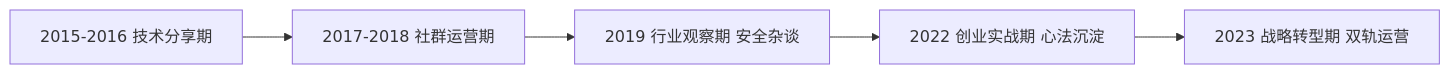
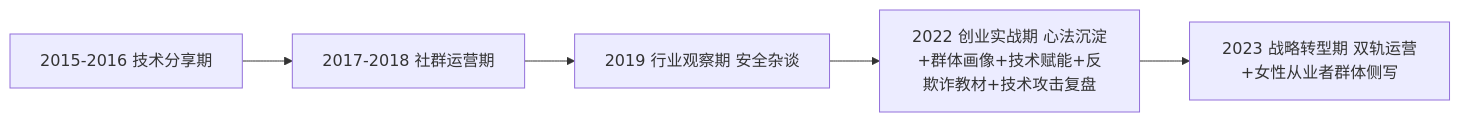
The diagram in pages/301-zai-lushang-wechat-archive-201508-202208.md (OpenDocCN1/sec-llm-wiki), drawn with Mermaid before and after one commit. The commit also changed other lines of this file and 4 other files, not shown here.

````diff
--- a/pages/301-zai-lushang-wechat-archive-201508-202208.md
+++ b/pages/301-zai-lushang-wechat-archive-201508-202208.md
@@ -278,7 +332,7 @@
 ```mermaid
 graph LR
 A[2015-2016 技术分享期] --> B[2017-2018 社群运营期]
 B --> C[2019 行业观察期 安全杂谈]
-C --> D[2022 创业实战期 心法沉淀]
-D --> E[2023 战略转型期 双轨运营]
+C --> D[2022 创业实战期 心法沉淀+群体画像+技术赋能+反欺诈教材+技术攻击复盘]
+D --> E[2023 战略转型期 双轨运营+女性从业者群体侧写]
 ```
````
